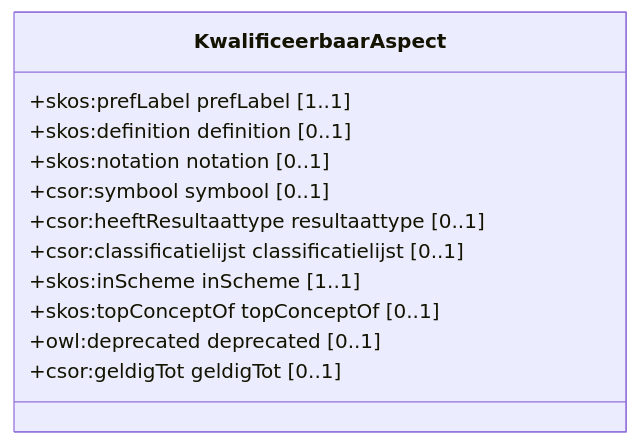
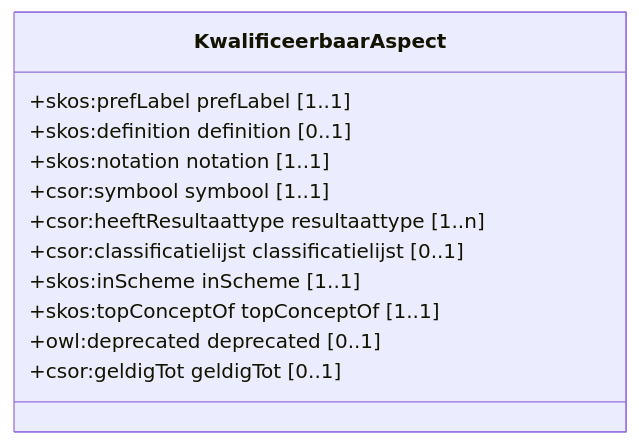
Before and after one commit to milieuinfo/codelijst-csor-config: the diagram in docs/codelijsten/kwalificeerbaaraspect.md, drawn with Mermaid. The commit also changed 9 other files, not shown here.

````diff
--- a/docs/codelijsten/kwalificeerbaaraspect.md
+++ b/docs/codelijsten/kwalificeerbaaraspect.md
@@ -7,15 +7,15 @@
 ```mermaid
 classDiagram
     class KwalificeerbaarAspect {
         +skos:prefLabel prefLabel [1..1]
         +skos:definition definition [0..1]
-        +skos:notation notation [0..1]
-        +csor:symbool symbool [0..1]
-        +csor:heeftResultaattype resultaattype [0..1]
+        +skos:notation notation [1..1]
+        +csor:symbool symbool [1..1]
+        +csor:heeftResultaattype resultaattype [1..n]
         +csor:classificatielijst classificatielijst [0..1]
         +skos:inScheme inScheme [1..1]
-        +skos:topConceptOf topConceptOf [0..1]
+        +skos:topConceptOf topConceptOf [1..1]
         +owl:deprecated deprecated [0..1]
         +csor:geldigTot geldigTot [0..1]
     }
 ```
````
